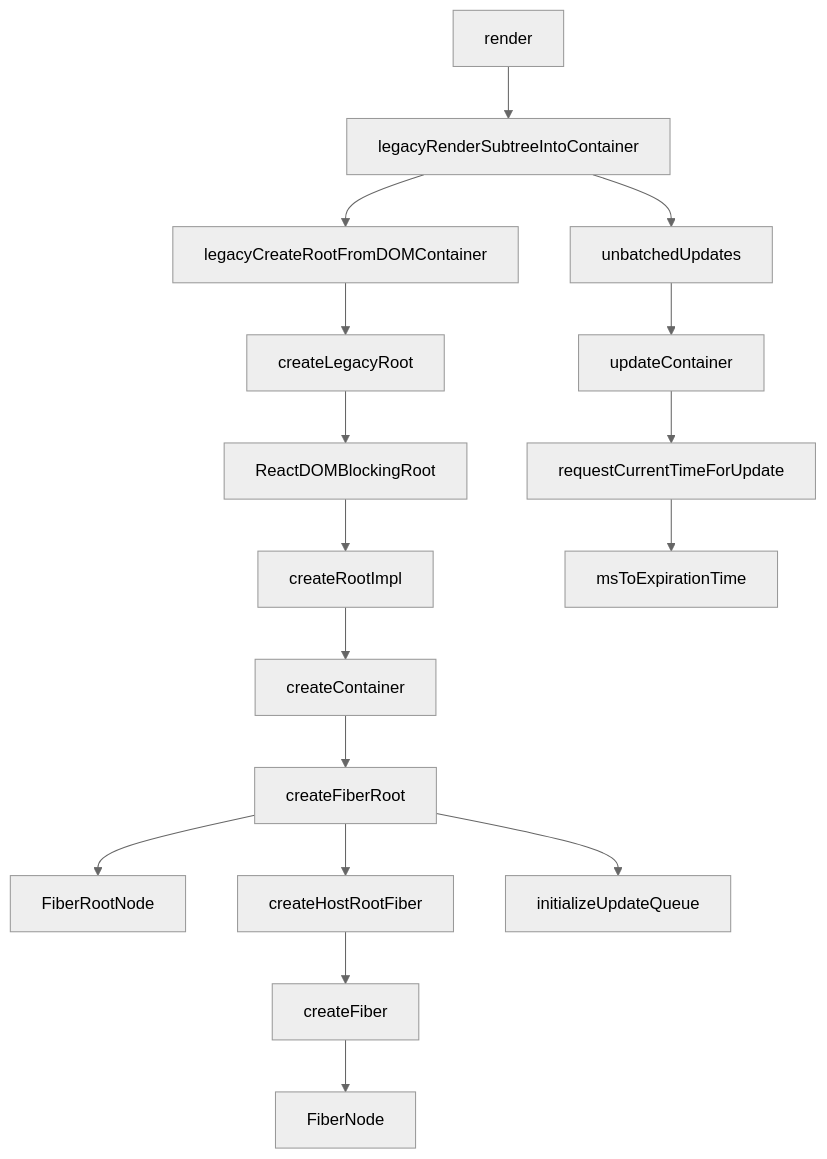
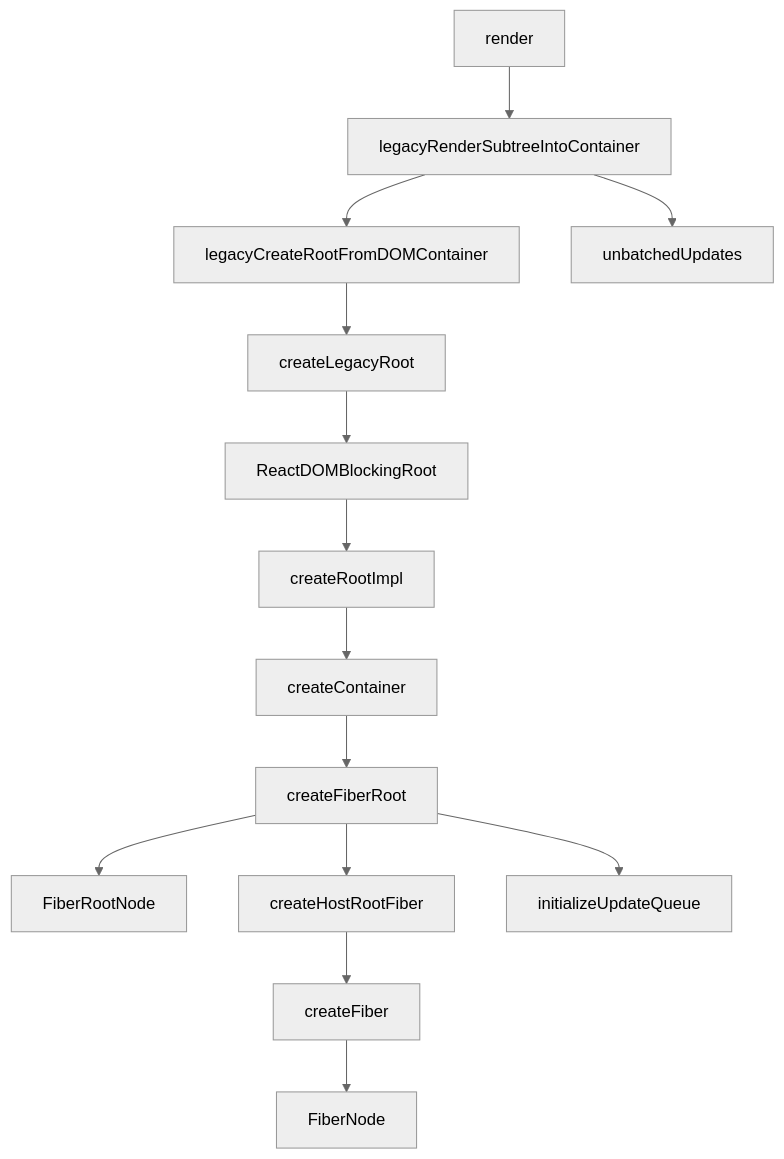
The first of 2 diagrams in source/_posts/2020-07-11-react源码学习之首次渲染主要数据结构的构建.md (ginnko/ginnko.github.io), drawn with Mermaid (neutral theme) before and after one commit. The commit also changed 2 other files, not shown here.

Commit message:
in pushHostContainer

````diff
--- a/source/_posts/2020-07-11-react源码学习之首次渲染主要数据结构的构建.md
+++ b/source/_posts/2020-07-11-react源码学习之首次渲染主要数据结构的构建.md
@@ -17,20 +17,17 @@
 ```mermaid
 graph TD;
 
   render --> legacyRenderSubtreeIntoContainer;
   legacyRenderSubtreeIntoContainer --> legacyCreateRootFromDOMContainer;
   legacyCreateRootFromDOMContainer --> createLegacyRoot;
   createLegacyRoot --> ReactDOMBlockingRoot;
   ReactDOMBlockingRoot --> createRootImpl;
   createRootImpl --> createContainer;
   createContainer --> createFiberRoot;
   createFiberRoot --> FiberRootNode;
   createFiberRoot --> createHostRootFiber;
   createFiberRoot --> initializeUpdateQueue;
   createHostRootFiber --> createFiber;
   createFiber --> FiberNode;
   legacyRenderSubtreeIntoContainer --> unbatchedUpdates;
-  unbatchedUpdates --> updateContainer;
-  updateContainer --> requestCurrentTimeForUpdate;
-  requestCurrentTimeForUpdate --> msToExpirationTime;
 ```
````
